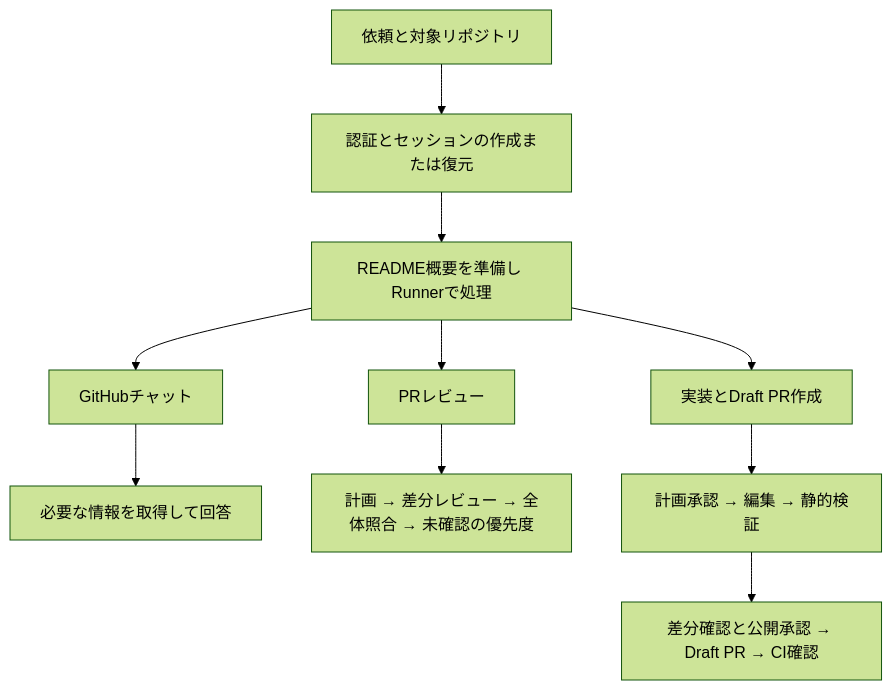
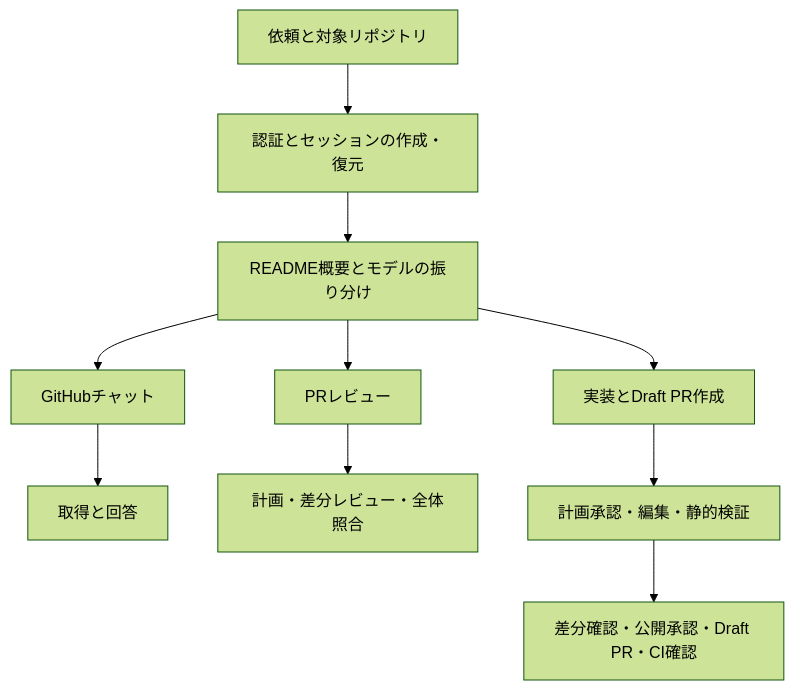
The first of 2 diagrams in docs/agent-workflow.md (jeorp/ai-factory), drawn with Mermaid (forest theme) before and after one commit. The commit also changed other lines of this file and 12 other files, not shown here.

````diff
--- a/docs/agent-workflow.md
+++ b/docs/agent-workflow.md
@@ -19,12 +7,12 @@
 ```mermaid
 flowchart TD
-  U["依頼と対象リポジトリ"] --> S["認証とセッションの作成または復元"]
-  S --> R["README概要を準備し Runnerで処理"]
-  R --> C["GitHubチャット"]
-  R --> V["PRレビュー"]
-  R --> I["実装とDraft PR作成"]
-  C --> CA["必要な情報を取得して回答"]
-  V --> VA["計画 → 差分レビュー → 全体照合 → 未確認の優先度"]
-  I --> IA["計画承認 → 編集 → 静的検証"]
-  IA --> IP["差分確認と公開承認 → Draft PR → CI確認"]
+  U[依頼と対象リポジトリ] --> S[認証とセッションの作成・復元]
+  S --> R[README概要とモデルの振り分け]
+  R --> C[GitHubチャット]
+  R --> V[PRレビュー]
+  R --> I[実装とDraft PR作成]
+  C --> CA[取得と回答]
+  V --> VA[計画・差分レビュー・全体照合]
+  I --> IA[計画承認・編集・静的検証]
+  IA --> IP[差分確認・公開承認・Draft PR・CI確認]
 ```
````
